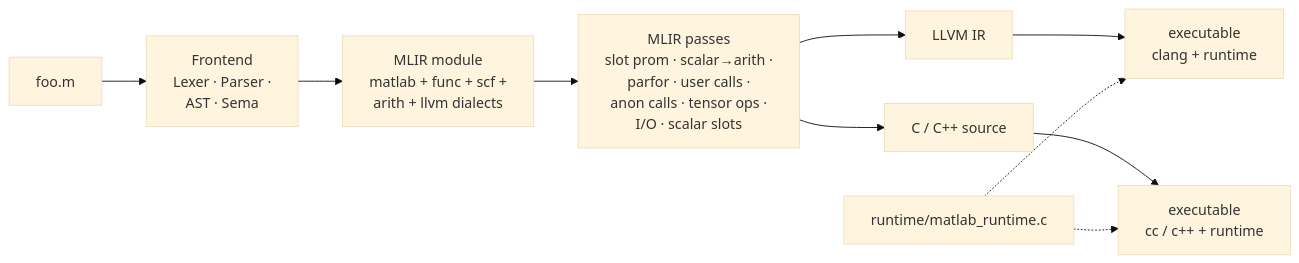
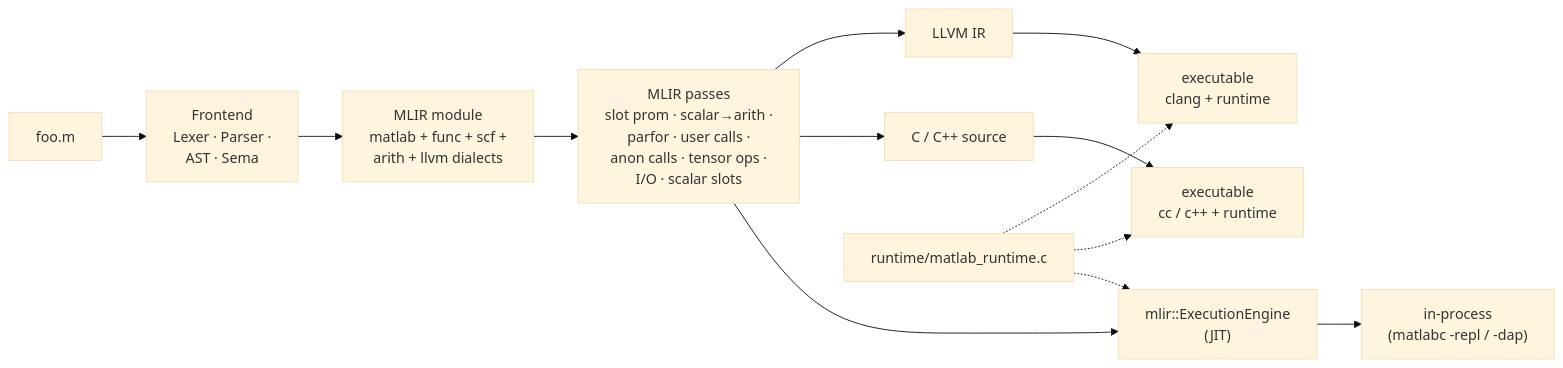
Before and after one commit to leonardoaraujosantos/matlab_llvm: the diagram in README.md, drawn with Mermaid (base theme). The commit also changed other lines of this file, not shown here.

````diff
--- a/README.md
+++ b/README.md
@@ -119,12 +130,15 @@
 ```mermaid
 flowchart LR
   src["foo.m"] --> FE["Frontend<br/>Lexer · Parser ·<br/>AST · Sema"]
   FE --> MLIR["MLIR module<br/>matlab + func + scf +<br/>arith + llvm dialects"]
   MLIR --> Passes["MLIR passes<br/>slot prom · scalar→arith ·<br/>parfor · user calls ·<br/>anon calls · tensor ops ·<br/>I/O · scalar slots"]
   Passes --> LL[LLVM IR]
   Passes --> CSrc[C / C++ source]
+  Passes --> JIT["mlir::ExecutionEngine<br/>(JIT)"]
   LL --> Exe1["executable<br/>clang + runtime"]
   CSrc --> Exe2["executable<br/>cc / c++ + runtime"]
+  JIT --> Proc["in-process<br/>(matlabc -repl / -dap)"]
   RT[runtime/matlab_runtime.c] -.-> Exe1
   RT -.-> Exe2
+  RT -.-> JIT
 ```
````
